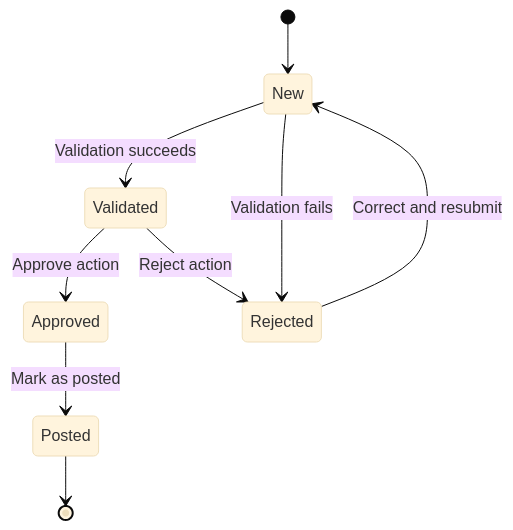
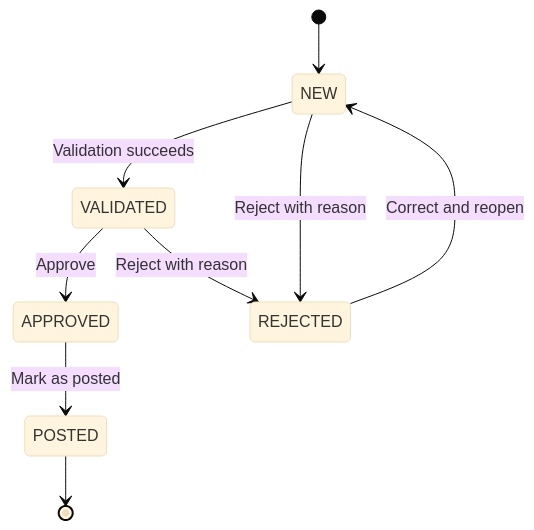
One commit to Noor-Ahmed-12/sap-btp-abap-finance-process-extension changed the second of 2 diagrams in README.md. Above: the diagram before and after it, drawn with Mermaid (base theme). The commit also changed other lines of this file and 11 other files, not shown here.

````diff
--- a/README.md
+++ b/README.md
@@ -67,11 +132,15 @@
 ```mermaid
 stateDiagram-v2
-    [*] --> New
-    New --> Validated: Validation succeeds
-    New --> Rejected: Validation fails
-    Validated --> Approved: Approve action
-    Validated --> Rejected: Reject action
-    Approved --> Posted: Mark as posted
-    Rejected --> New: Correct and resubmit
-    Posted --> [*]
+    [*] --> NEW
+
+    NEW --> VALIDATED: Validation succeeds
+    NEW --> REJECTED: Reject with reason
+
+    VALIDATED --> APPROVED: Approve
+    VALIDATED --> REJECTED: Reject with reason
+
+    REJECTED --> NEW: Correct and reopen
+    APPROVED --> POSTED: Mark as posted
+
+    POSTED --> [*]
 ```
````
